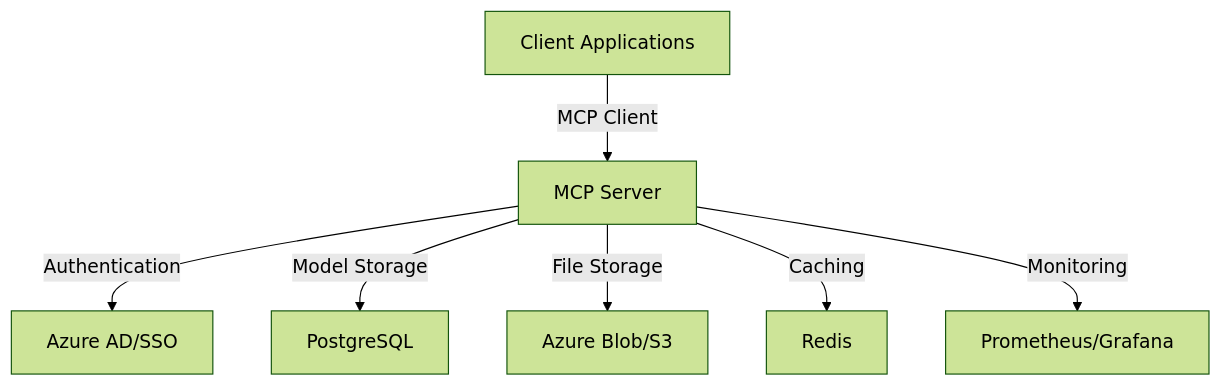
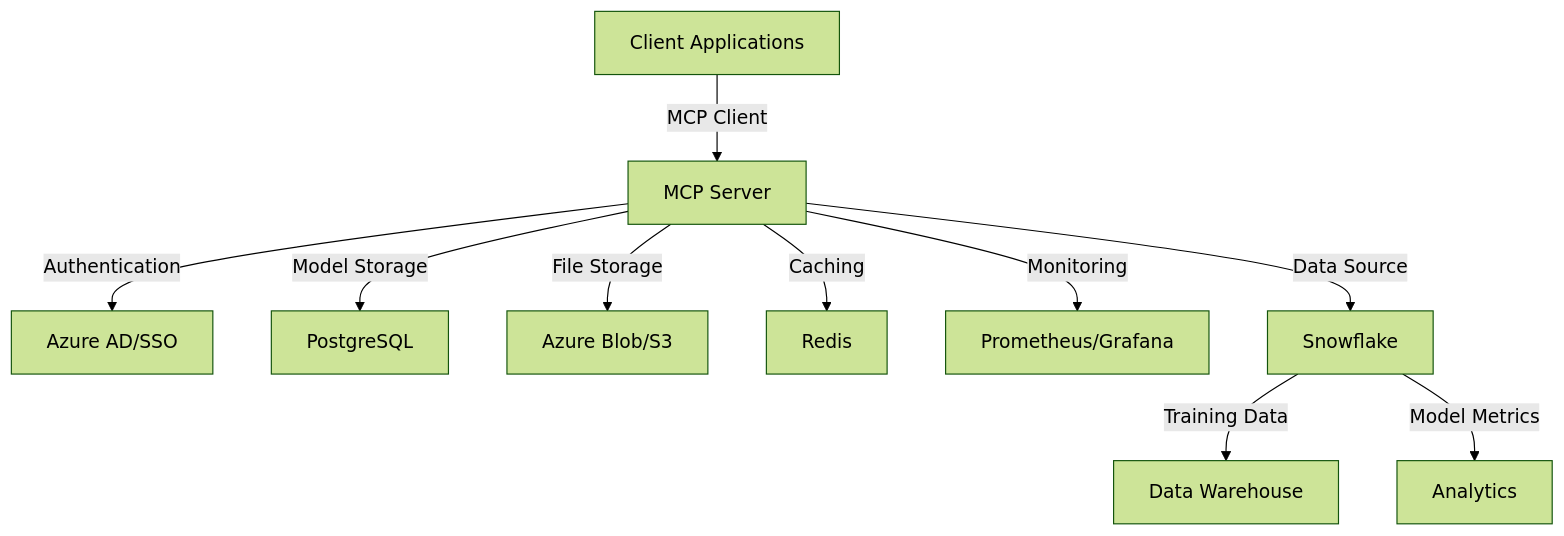
The diagram in README.md (rameshpilli/MCP-Server), drawn with Mermaid (forest theme) before and after one commit. The commit also changed other lines of this file and 19 other files, not shown here.

````diff
--- a/README.md
+++ b/README.md
@@ -17,9 +180,12 @@
 ```mermaid
 graph TD
     A[Client Applications] -->|MCP Client| B[MCP Server]
     B -->|Authentication| C[Azure AD/SSO]
     B -->|Model Storage| D[PostgreSQL]
     B -->|File Storage| E[Azure Blob/S3]
     B -->|Caching| F[Redis]
     B -->|Monitoring| G[Prometheus/Grafana]
+    B -->|Data Source| H[Snowflake]
+    H -->|Training Data| I[Data Warehouse]
+    H -->|Model Metrics| J[Analytics]
 ```
````
